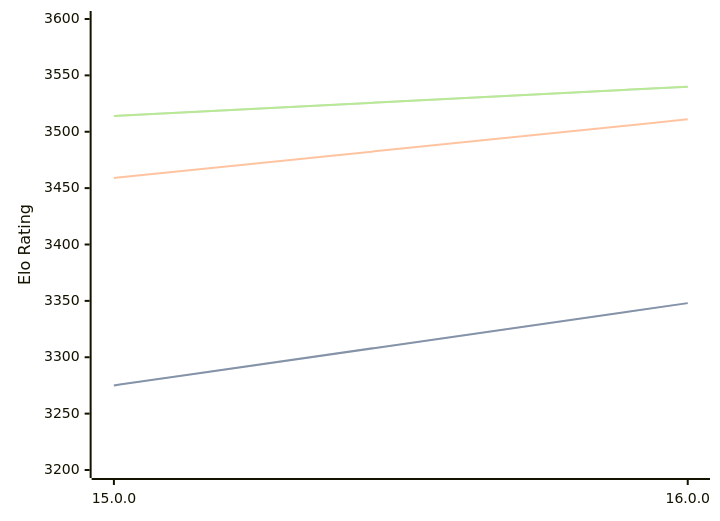
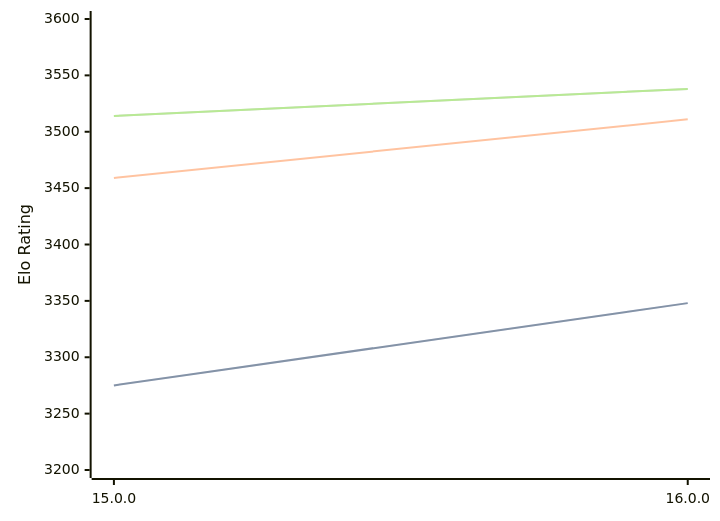
One commit to computer-chess-index/cci changed the first of 3 diagrams in engines/Halogen.md. Above: the diagram before and after it, drawn with Mermaid. The commit also changed other lines of this file, not shown here.

Commit message:
Update CCI Ratings (ELO VLTC) - 2026-07-06

````diff
--- a/engines/Halogen.md
+++ b/engines/Halogen.md
@@ -50,11 +50,11 @@
 ```mermaid
 %%{init: {"theme":"base","themeVariables":{"seriesColors:['#a3a3a3','#222221','#faa371']}}}%%
 xychart-beta
   x-axis ["15.0.0", "16.0.0"]
   y-axis "Elo Rating" 3200 --> 3600
   line "STC (8.0+0.08s)" [3275, 3348]
   line "STC (8.0+0.08s)" [3275, 3348]
   line "LTC (60.0+0.60s)" [3459, 3511]
-  line "VLTC (2m24s+1.12s)" [3514, 3540]
-  line "VLTC (2m24s+1.12s)" [3514, 3540]
+  line "VLTC (2m24s+1.12s)" [3514, 3538]
+  line "VLTC (2m24s+1.12s)" [3514, 3538]
 ```
````
